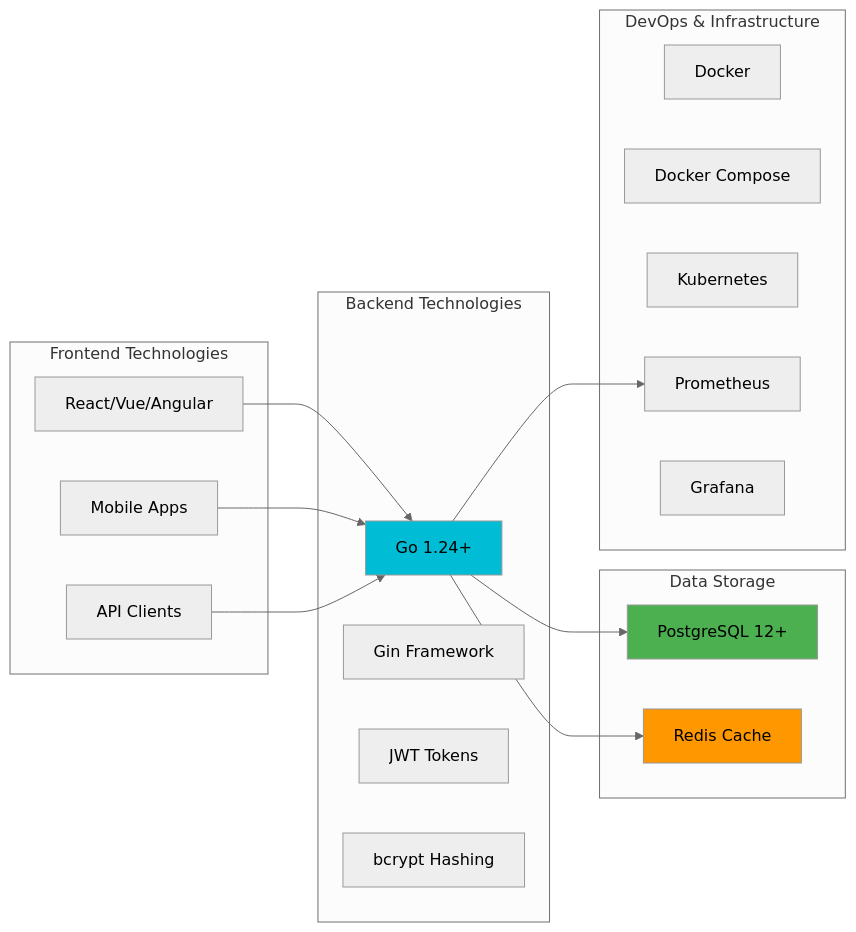
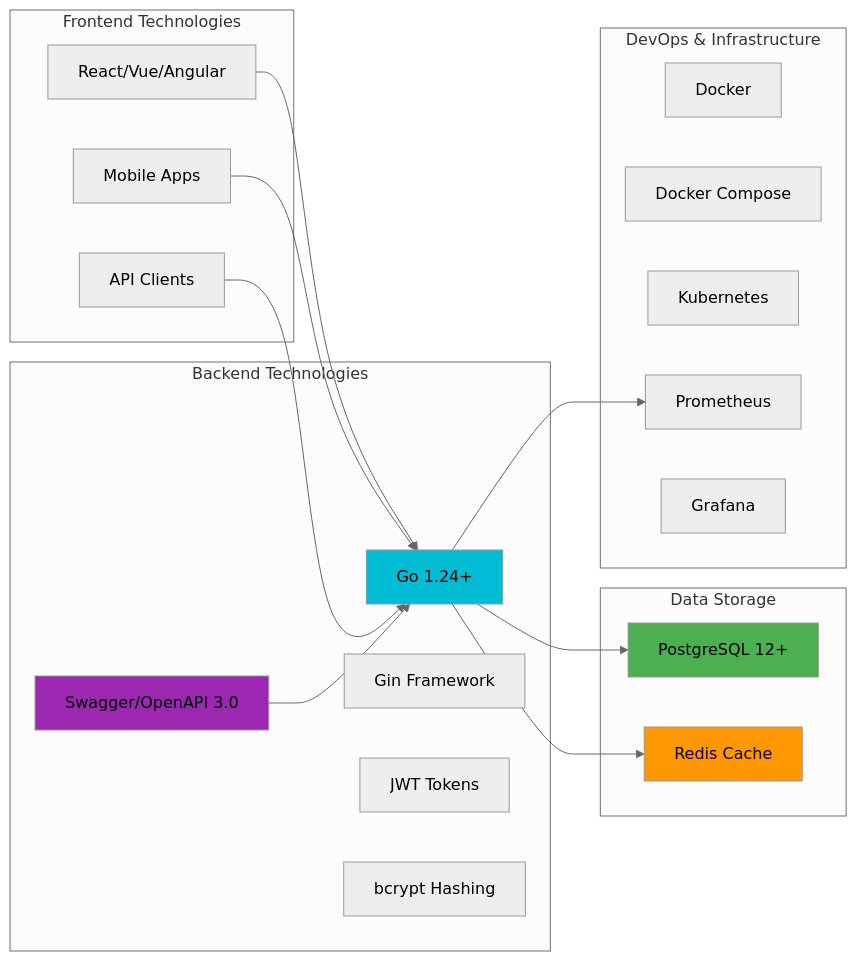
The second of 21 diagrams in code/go-auth/auth-service/docs/ARCHITECTURE.md (radek-zitek-cloud/pully-theta), drawn with Mermaid (neutral theme) before and after one commit. The commit also changed other lines of this file and 27 other files, not shown here.

````diff
--- a/code/go-auth/auth-service/docs/ARCHITECTURE.md
+++ b/code/go-auth/auth-service/docs/ARCHITECTURE.md
@@ -74,39 +74,42 @@
 ```mermaid
 graph LR
     subgraph "Frontend Technologies"
         A[React/Vue/Angular]
         B[Mobile Apps]
         C[API Clients]
     end
     
     subgraph "Backend Technologies"
         D[Go 1.24+]
         E[Gin Framework]
         F[JWT Tokens]
         G[bcrypt Hashing]
+        H[Swagger/OpenAPI 3.0]
     end
     
     subgraph "Data Storage"
-        H[PostgreSQL 12+]
-        I[Redis Cache]
+        I[PostgreSQL 12+]
+        J[Redis Cache]
     end
     
     subgraph "DevOps & Infrastructure"
-        J[Docker]
-        K[Docker Compose]
-        L[Kubernetes]
-        M[Prometheus]
-        N[Grafana]
+        K[Docker]
+        L[Docker Compose]
+        M[Kubernetes]
+        N[Prometheus]
+        O[Grafana]
     end
     
     A --> D
     B --> D
     C --> D
-    D --> H
     D --> I
-    D --> M
+    D --> J
+    D --> N
+    H --> D
     
     style D fill:#00BCD4
-    style H fill:#4CAF50
-    style I fill:#FF9800
+    style I fill:#4CAF50
+    style J fill:#FF9800
+    style H fill:#9C27B0
 ```
````
